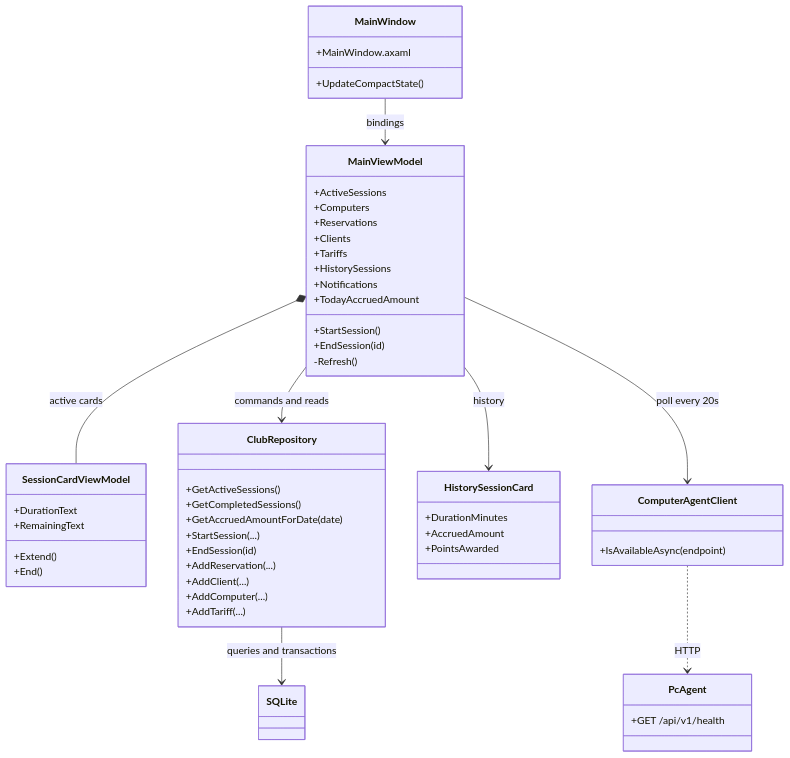
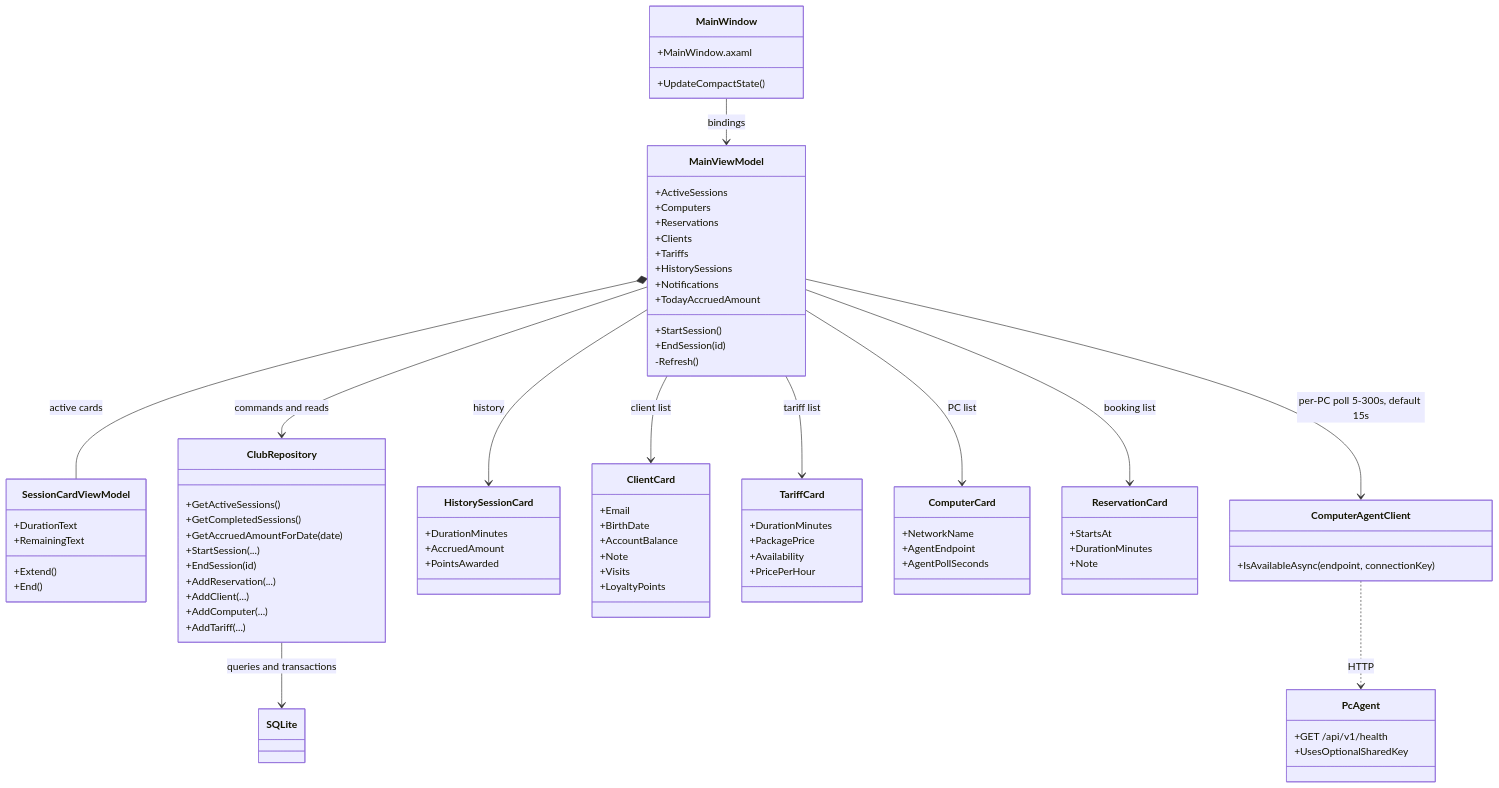
The diagram in docs/LEOPARD-DOCUMENTATION.md (stanislavslobodyan/leopard-club-management), drawn with Mermaid before and after one commit. The commit also changed other lines of this file, not shown here.

````diff
--- a/docs/LEOPARD-DOCUMENTATION.md
+++ b/docs/LEOPARD-DOCUMENTATION.md
@@ -234,11 +235,36 @@
       +AccruedAmount
       +PointsAwarded
     }
+    class ClientCard {
+      +Email
+      +BirthDate
+      +AccountBalance
+      +Note
+      +Visits
+      +LoyaltyPoints
+    }
+    class TariffCard {
+      +DurationMinutes
+      +PackagePrice
+      +Availability
+      +PricePerHour
+    }
+    class ComputerCard {
+      +NetworkName
+      +AgentEndpoint
+      +AgentPollSeconds
+    }
+    class ReservationCard {
+      +StartsAt
+      +DurationMinutes
+      +Note
+    }
     class ComputerAgentClient {
-      +IsAvailableAsync(endpoint)
+      +IsAvailableAsync(endpoint, connectionKey)
     }
     class PcAgent {
       +GET /api/v1/health
+      +UsesOptionalSharedKey
     }
     class SQLite
 
@@ -246,7 +272,11 @@
     MainViewModel --> ClubRepository : commands and reads
     MainViewModel *-- SessionCardViewModel : active cards
     MainViewModel --> HistorySessionCard : history
-    MainViewModel --> ComputerAgentClient : poll every 20s
+    MainViewModel --> ComputerAgentClient : per-PC poll 5-300s, default 15s
+    MainViewModel --> ClientCard : client list
+    MainViewModel --> TariffCard : tariff list
+    MainViewModel --> ComputerCard : PC list
+    MainViewModel --> ReservationCard : booking list
     ComputerAgentClient ..> PcAgent : HTTP
     ClubRepository --> SQLite : queries and transactions
 ```
````
